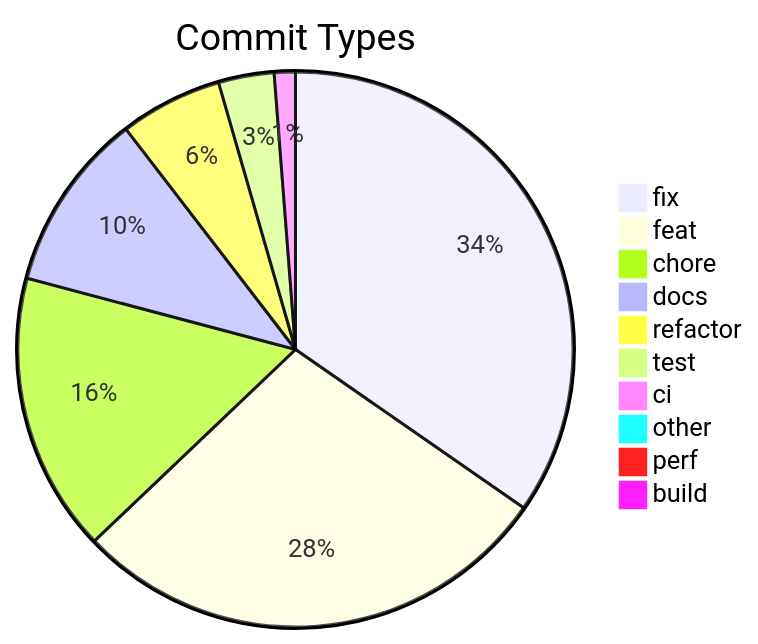
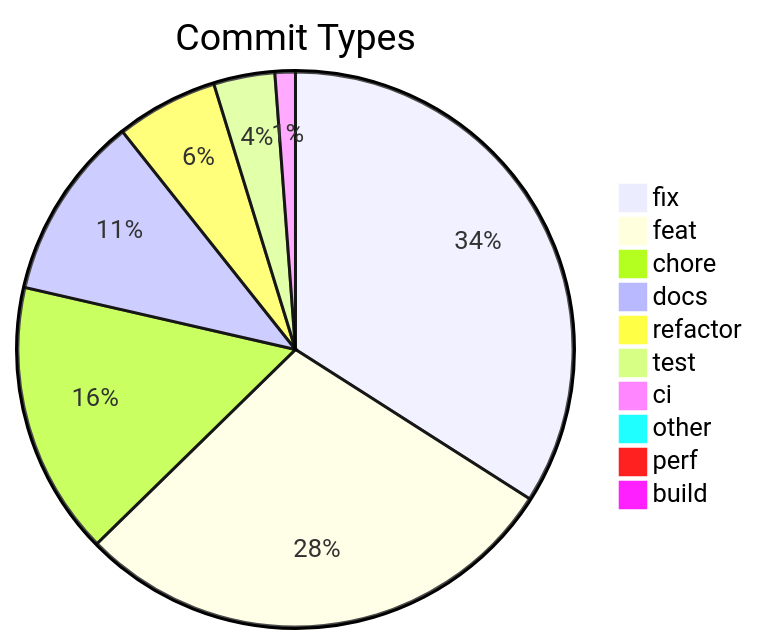
One commit to svenroth-ai/shipwright changed the diagram in .shipwright/compliance/change-history.md. Above: the diagram before and after it, drawn with Mermaid. The commit also changed other lines of this file and 189 other files, not shown here.

````diff
--- a/.shipwright/compliance/change-history.md
+++ b/.shipwright/compliance/change-history.md
@@ -10,13 +10,13 @@
 ```mermaid
 pie title Commit Types
-    "fix" : 621
-    "feat" : 506
-    "chore" : 291
-    "docs" : 187
-    "refactor" : 107
-    "test" : 58
+    "fix" : 631
+    "feat" : 531
+    "chore" : 295
+    "docs" : 199
+    "refactor" : 110
+    "test" : 66
     "ci" : 22
     "other" : 12
     "perf" : 1
     "build" : 1
 ```
````
